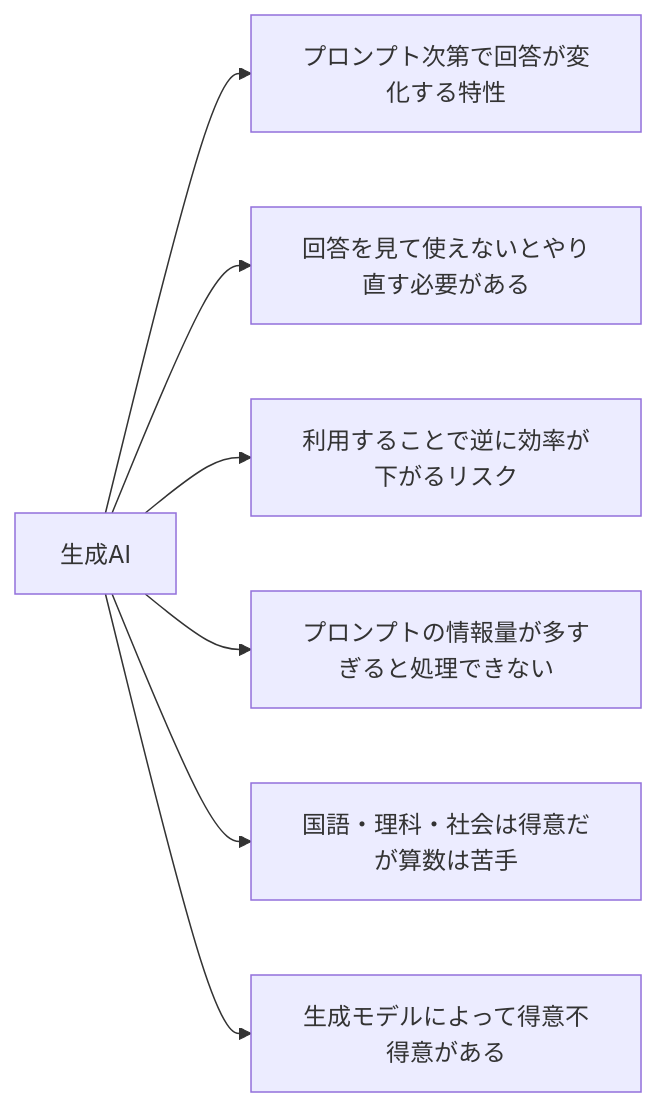
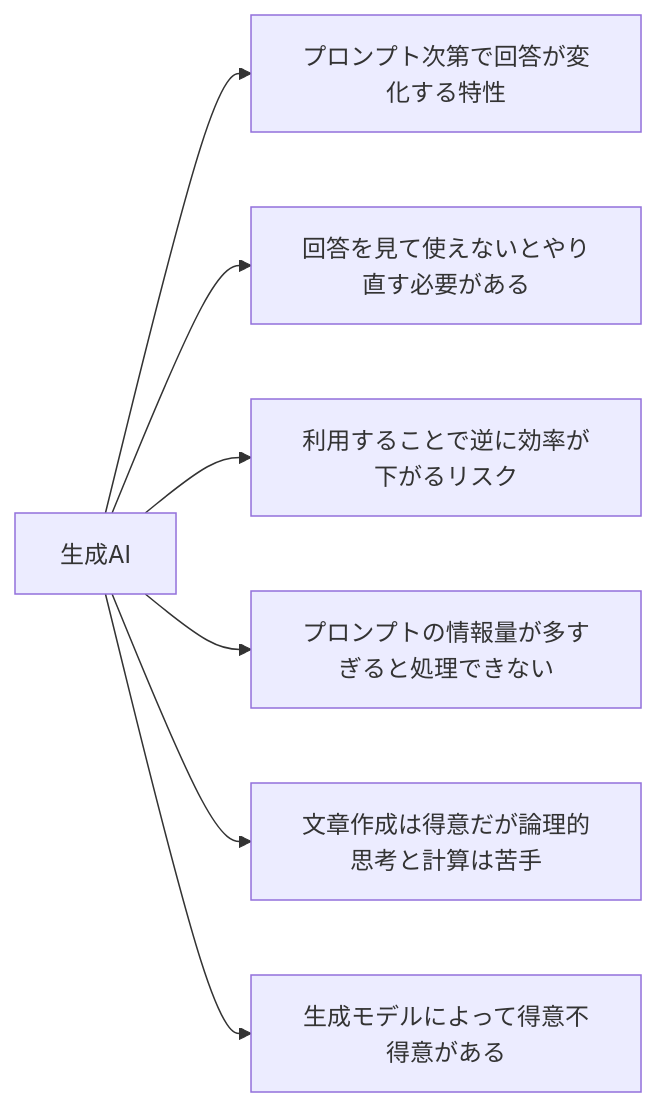
One commit to SparklingDetergent/doc_genai_Using_Generative_AI_with_Mac_Mini_-Introduction- changed the fourth of 14 diagrams in README.md. Above: the diagram before and after it, drawn with Mermaid.

````diff
--- a/README.md
+++ b/README.md
@@ -77,9 +77,9 @@
 ```mermaid
 graph LR
     A[生成AI] --> F[プロンプト次第で回答が変化する特性]
     A --> G[回答を見て使えないとやり直す必要がある]
     A --> B[利用することで逆に効率が下がるリスク]
     A --> E[プロンプトの情報量が多すぎると処理できない]
-    A --> C[国語・理科・社会は得意だが算数は苦手]
+    A --> C[文章作成は得意だが論理的思考と計算は苦手]
     A --> D[生成モデルによって得意不得意がある]
 ```
````
